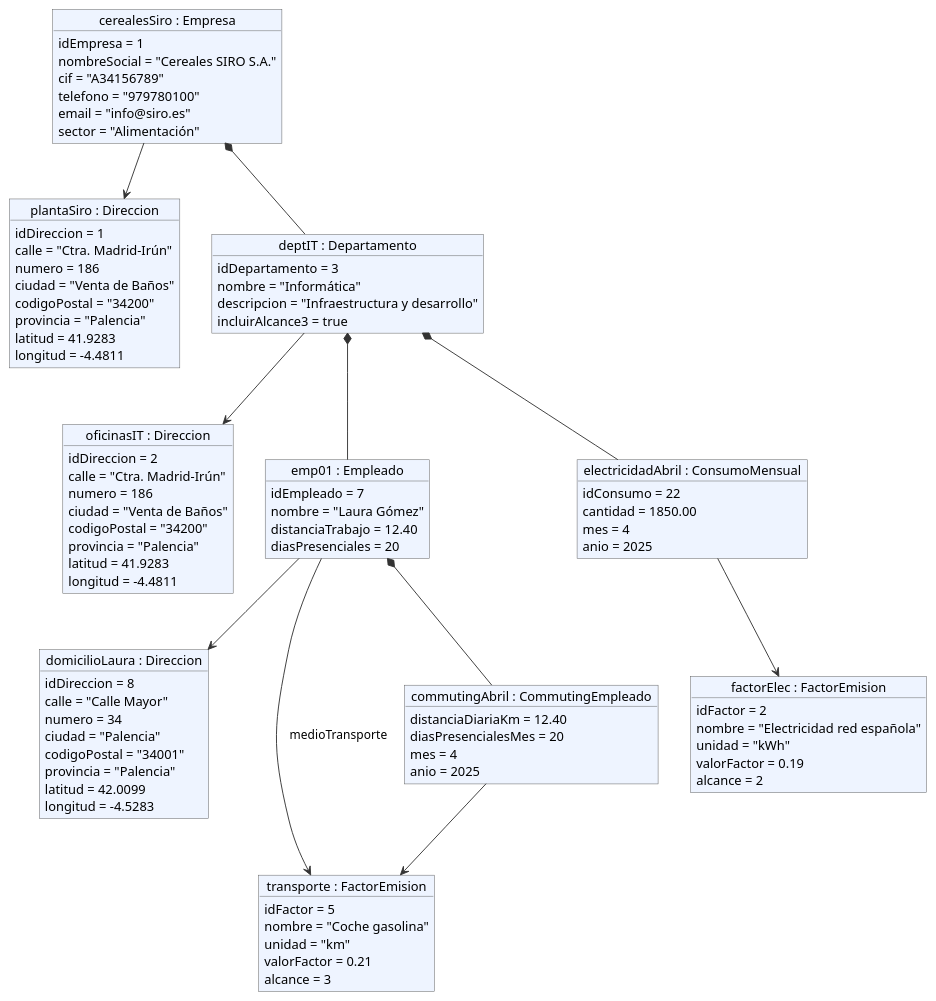
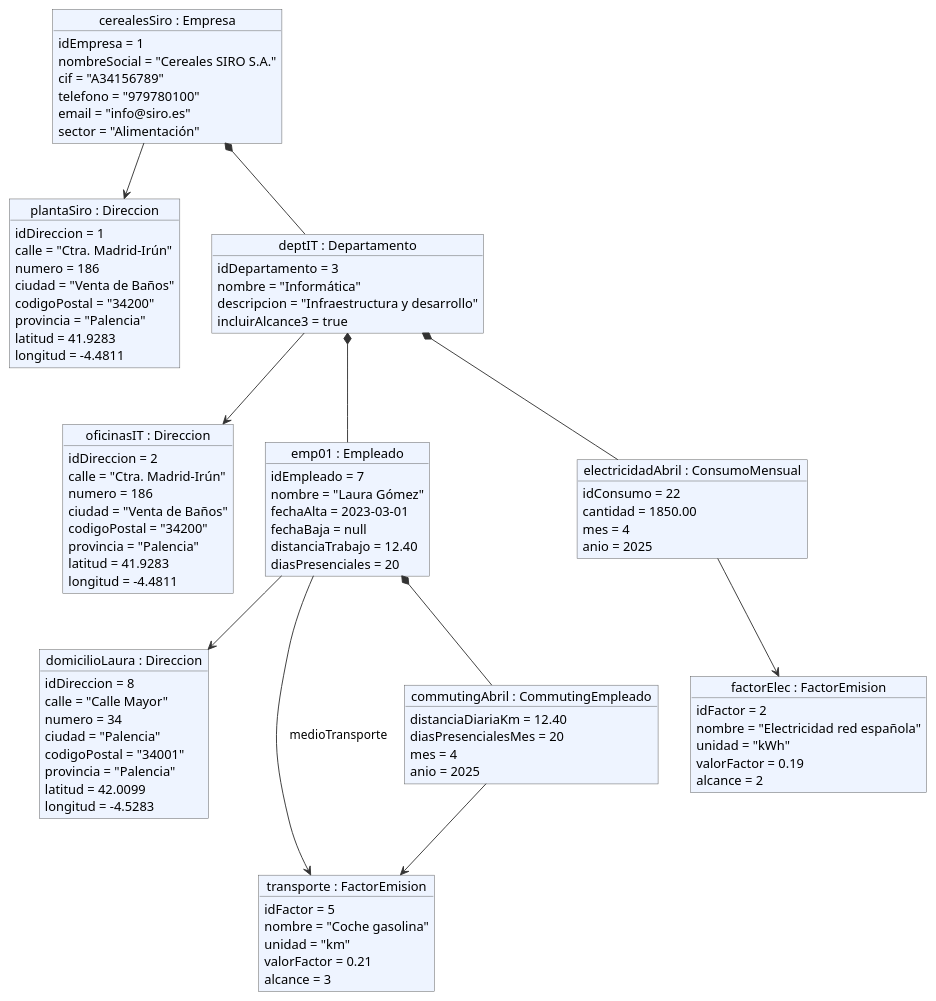
Before and after one commit to noeparamenos/carbonAudit_manager: the diagram in docs/diagrams/diagrama_objetos.puml, drawn with PlantUML. The commit also changed 7 other files, not shown here.

```diff
--- a/docs/diagrams/diagrama_objetos.puml
+++ b/docs/diagrams/diagrama_objetos.puml
@@ -1,116 +1,118 @@
 @startuml Diagrama de Objetos - CarbonAudit Manager
 
 skinparam classAttributeIconSize 0
 skinparam object {
     BackgroundColor #EEF4FF
     BorderColor #555
     ArrowColor #333
 }
 skinparam note {
     BackgroundColor #FFFDE7
     BorderColor #999
 }
 
 ' ========================= INSTANCIAS =========================
 
 object "cerealesSiro : Empresa" as empresa {
     idEmpresa = 1
     nombreSocial = "Cereales SIRO S.A."
     cif = "A34156789"
     telefono = "979780100"
     email = "info@siro.es"
     sector = "Alimentación"
 }
 
 object "plantaSiro : Direccion" as dirEmpresa {
     idDireccion = 1
     calle = "Ctra. Madrid-Irún"
     numero = 186
     ciudad = "Venta de Baños"
     codigoPostal = "34200"
     provincia = "Palencia"
     latitud = 41.9283
     longitud = -4.4811
 }
 
 object "deptIT : Departamento" as deptIT {
     idDepartamento = 3
     nombre = "Informática"
     descripcion = "Infraestructura y desarrollo"
     incluirAlcance3 = true
 }
 
 object "oficinasIT : Direccion" as dirDepto {
     idDireccion = 2
     calle = "Ctra. Madrid-Irún"
     numero = 186
     ciudad = "Venta de Baños"
     codigoPostal = "34200"
     provincia = "Palencia"
     latitud = 41.9283
     longitud = -4.4811
 }
 
 object "emp01 : Empleado" as empleado {
     idEmpleado = 7
     nombre = "Laura Gómez"
+    fechaAlta = 2023-03-01
+    fechaBaja = null
     distanciaTrabajo = 12.40
     diasPresenciales = 20
 }
 
 object "domicilioLaura : Direccion" as dirEmpleado {
     idDireccion = 8
     calle = "Calle Mayor"
     numero = 34
     ciudad = "Palencia"
     codigoPostal = "34001"
     provincia = "Palencia"
     latitud = 42.0099
     longitud = -4.5283
 }
 
 object "transporte : FactorEmision" as factorCoche {
     idFactor = 5
     nombre = "Coche gasolina"
     unidad = "km"
     valorFactor = 0.21
     alcance = 3
 }
 
 object "electricidadAbril : ConsumoMensual" as consumo {
     idConsumo = 22
     cantidad = 1850.00
     mes = 4
     anio = 2025
 }
 
 object "factorElec : FactorEmision" as factorElec {
     idFactor = 2
     nombre = "Electricidad red española"
     unidad = "kWh"
     valorFactor = 0.19
     alcance = 2
 }
 
 object "commutingAbril : CommutingEmpleado" as commuting {
     distanciaDiariaKm = 12.40
     diasPresencialesMes = 20
     mes = 4
     anio = 2025
 }
 
 ' ========================= ENLACES =========================
 
 empresa --> dirEmpresa
 empresa *-- deptIT
 deptIT --> dirDepto
 deptIT *-- empleado
 empleado --> dirEmpleado
 empleado --> factorCoche : medioTransporte
 deptIT *-- consumo
 consumo --> factorElec
 empleado *-- commuting
 commuting --> factorCoche
 
 
 @enduml
```
